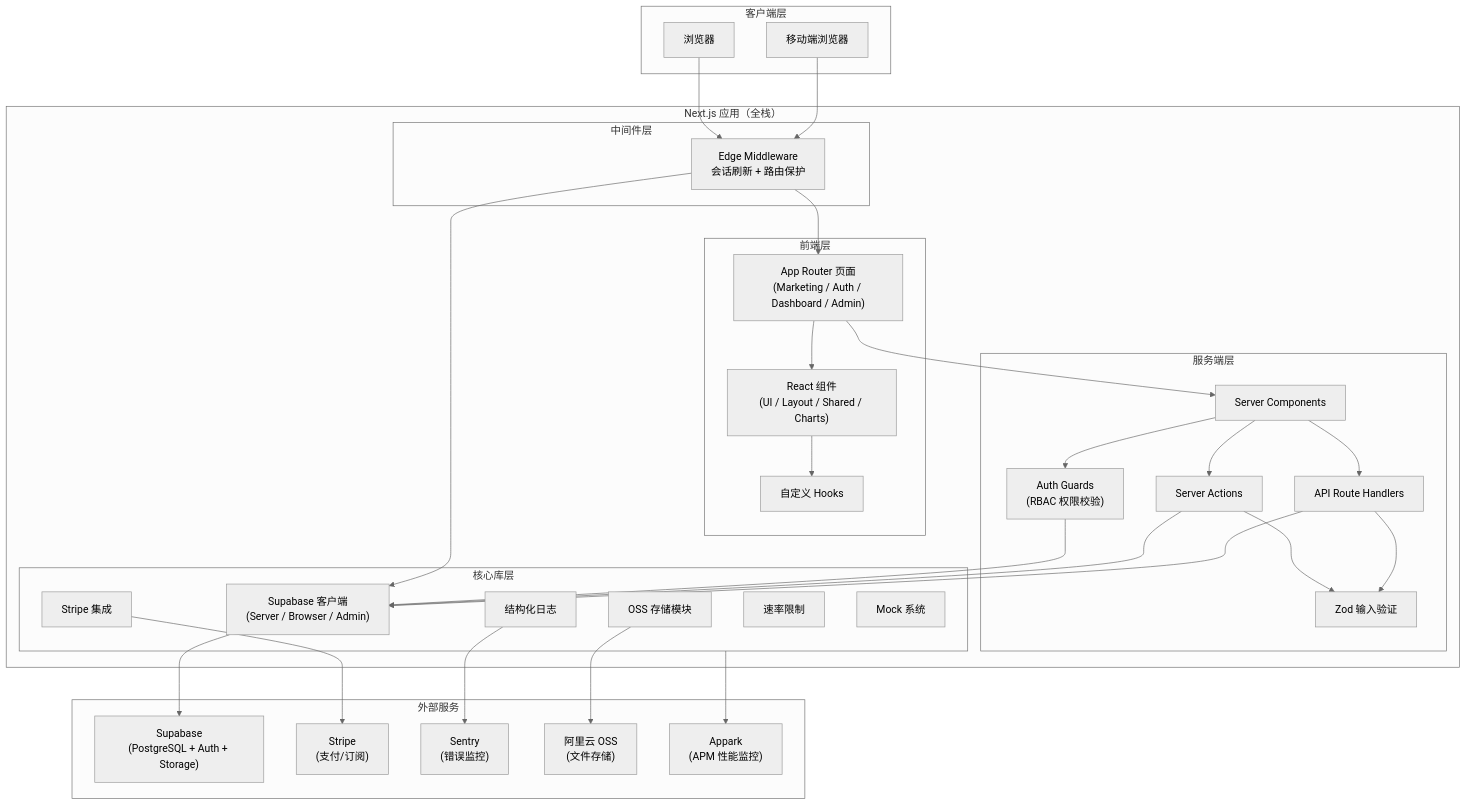
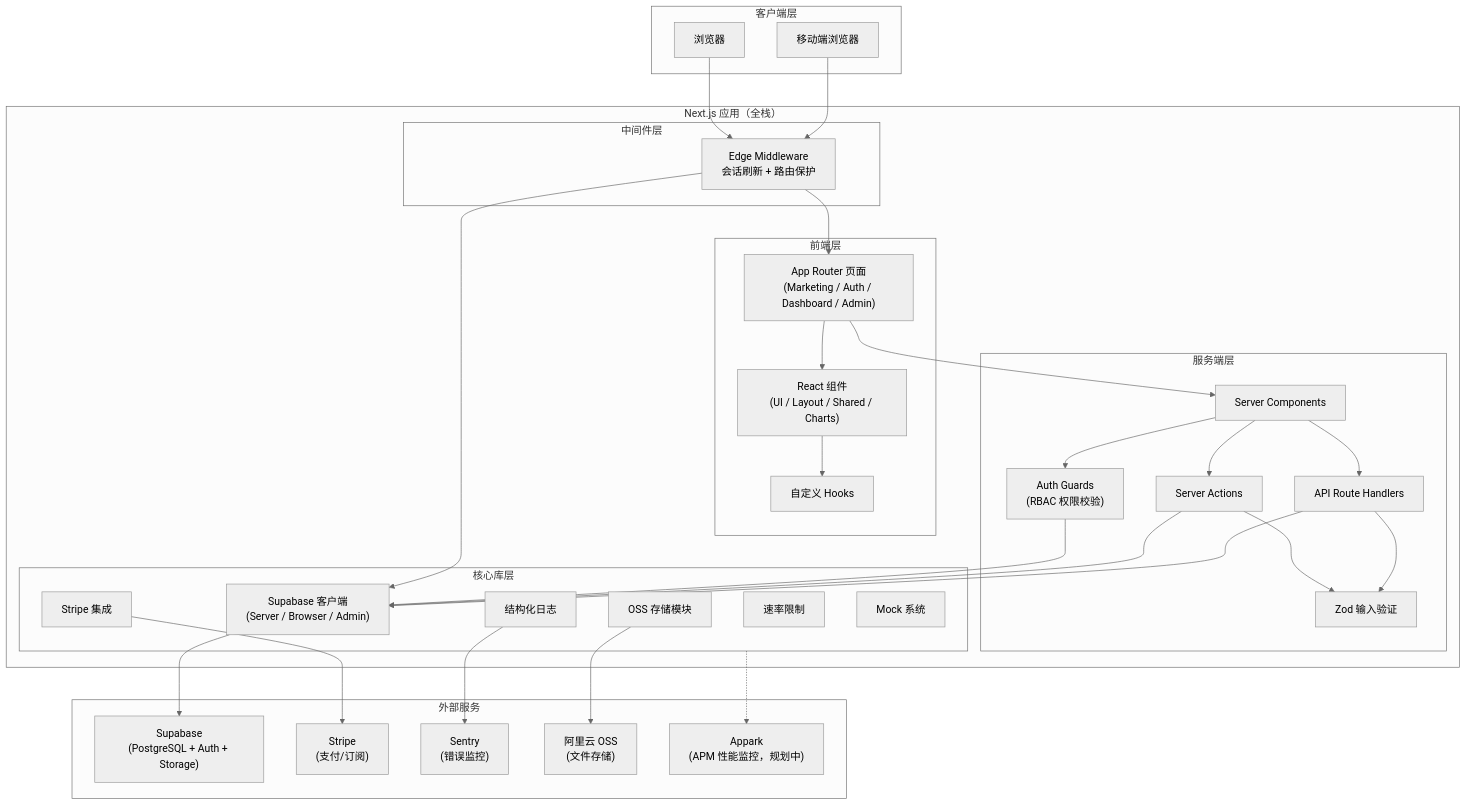
The first of 4 diagrams in docs/architecture/01-overview.md (Sun1090/IndieStack), drawn with Mermaid (neutral theme) before and after one commit. The commit also changed other lines of this file and 32 other files, not shown here.

````diff
--- a/docs/architecture/01-overview.md
+++ b/docs/architecture/01-overview.md
@@ -11,65 +11,65 @@
 ```mermaid
 graph TB
     subgraph Client["客户端层"]
         Browser["浏览器"]
         Mobile["移动端浏览器"]
     end
 
     subgraph NextApp["Next.js 应用（全栈）"]
         subgraph Frontend["前端层"]
             Pages["App Router 页面<br/>(Marketing / Auth / Dashboard / Admin)"]
             Components["React 组件<br/>(UI / Layout / Shared / Charts)"]
             Hooks["自定义 Hooks"]
         end
 
         subgraph Middleware["中间件层"]
             MW["Edge Middleware<br/>会话刷新 + 路由保护"]
         end
 
         subgraph Server["服务端层"]
             ServerComponents["Server Components"]
             ServerActions["Server Actions"]
             APIRoutes["API Route Handlers"]
             Guards["Auth Guards<br/>(RBAC 权限校验)"]
             Validations["Zod 输入验证"]
         end
 
         subgraph Lib["核心库层"]
             SupabaseLib["Supabase 客户端<br/>(Server / Browser / Admin)"]
             StripeLib["Stripe 集成"]
             StorageLib["OSS 存储模块"]
             LoggerLib["结构化日志"]
             RateLimitLib["速率限制"]
             MockLib["Mock 系统"]
         end
     end
 
     subgraph External["外部服务"]
         Supabase["Supabase<br/>(PostgreSQL + Auth + Storage)"]
         Stripe["Stripe<br/>(支付/订阅)"]
         Sentry["Sentry<br/>(错误监控)"]
         OSS["阿里云 OSS<br/>(文件存储)"]
-        Appark["Appark<br/>(APM 性能监控)"]
+        Appark["Appark<br/>(APM 性能监控，规划中)"]
     end
 
     Browser --> MW
     Mobile --> MW
     MW --> Pages
     Pages --> Components
     Components --> Hooks
     MW --> SupabaseLib
     Pages --> ServerComponents
     ServerComponents --> Guards
     ServerComponents --> ServerActions
     ServerComponents --> APIRoutes
     ServerActions --> Validations
     APIRoutes --> Validations
     Guards --> SupabaseLib
     ServerActions --> SupabaseLib
     APIRoutes --> SupabaseLib
     SupabaseLib --> Supabase
     StripeLib --> Stripe
     StorageLib --> OSS
     LoggerLib --> Sentry
-    Lib --> Appark
+    Lib -.-> Appark
 ```
````
